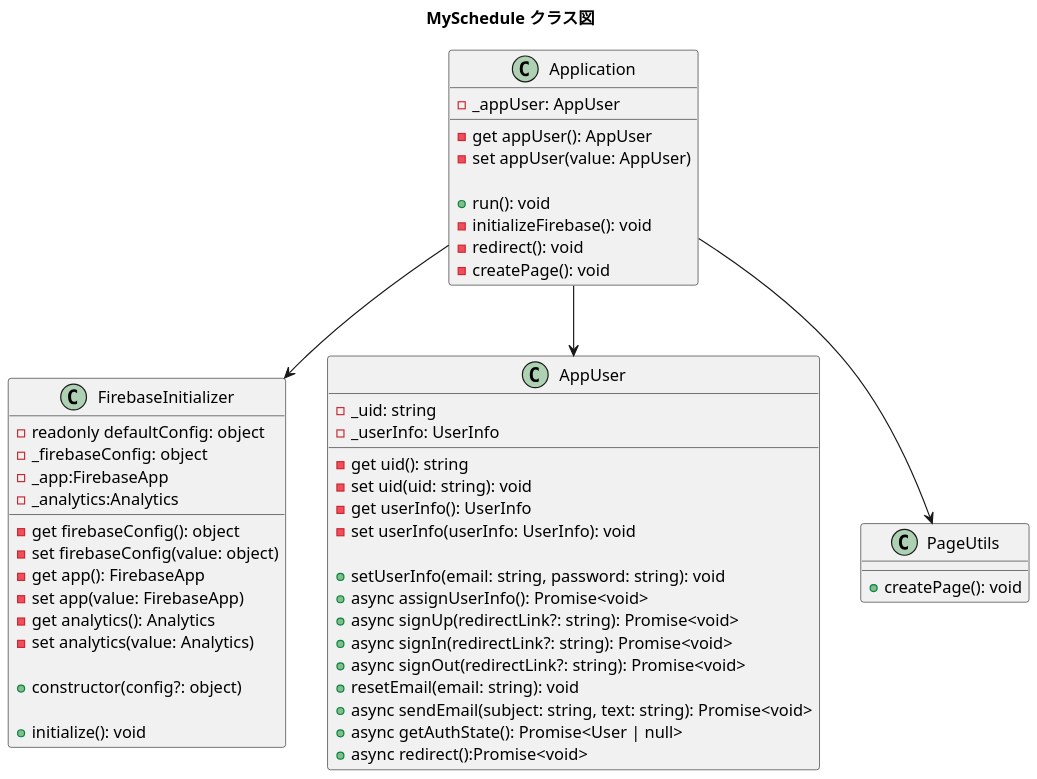
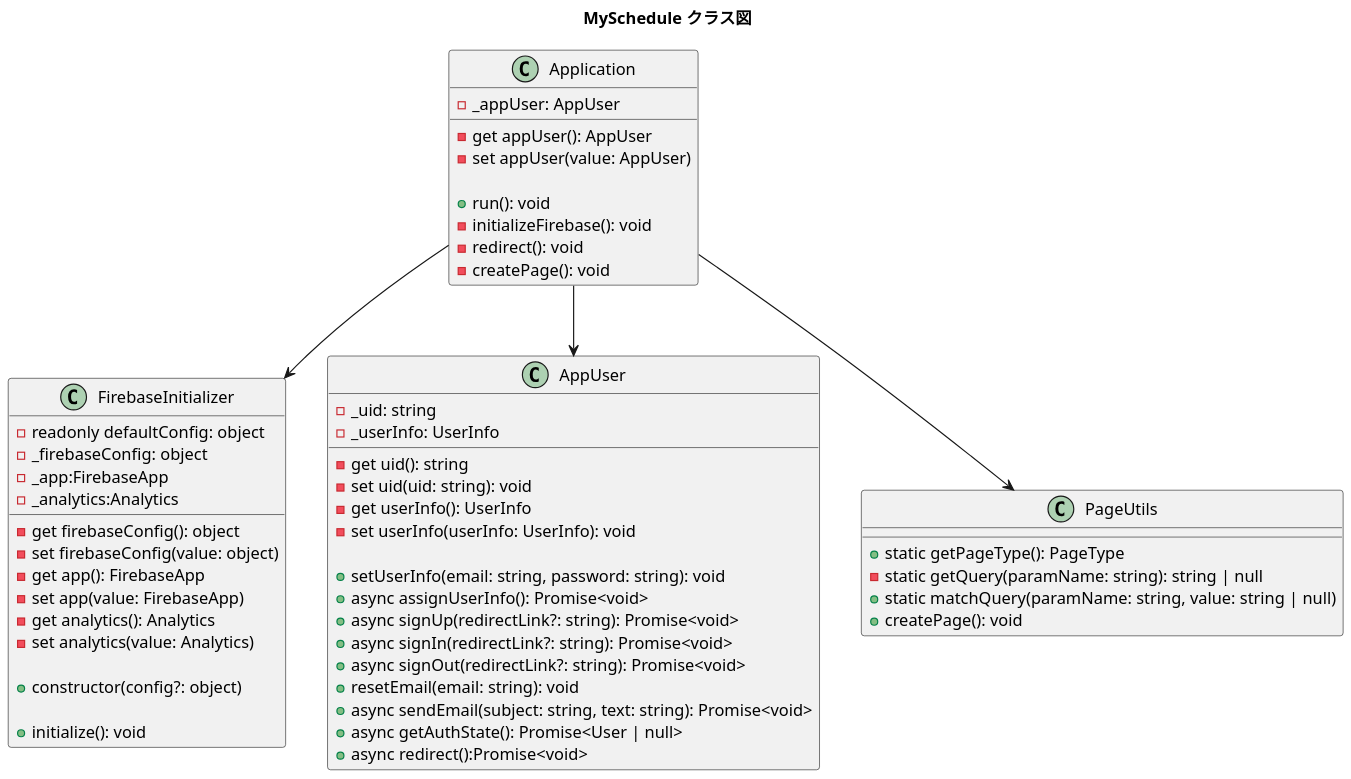
Before and after one commit to CA01971172/MySchedule: the diagram in classUML.pu, drawn with PlantUML.

Commit message:
write PageUtils class

```diff
--- a/classUML.pu
+++ b/classUML.pu
@@ -1,63 +1,66 @@
 @startuml MySchedule
 title MySchedule クラス図
 skinparam dpi 150
 
 class Application {
   - _appUser: AppUser
 
   - get appUser(): AppUser
   - set appUser(value: AppUser)
 
   + run(): void
   - initializeFirebase(): void
   - redirect(): void
   - createPage(): void
 }
 
 class FirebaseInitializer {
   - readonly defaultConfig: object
   - _firebaseConfig: object
   - _app:FirebaseApp
   - _analytics:Analytics
 
   - get firebaseConfig(): object
   - set firebaseConfig(value: object)
   - get app(): FirebaseApp
   - set app(value: FirebaseApp)
   - get analytics(): Analytics
   - set analytics(value: Analytics)
 
   + constructor(config?: object)
 
   + initialize(): void
 }
 
 class AppUser {
     - _uid: string
     - _userInfo: UserInfo
 
     - get uid(): string
     - set uid(uid: string): void
     - get userInfo(): UserInfo
     - set userInfo(userInfo: UserInfo): void
 
     + setUserInfo(email: string, password: string): void
     + async assignUserInfo(): Promise<void>
     + async signUp(redirectLink?: string): Promise<void>
     + async signIn(redirectLink?: string): Promise<void>
     + async signOut(redirectLink?: string): Promise<void>
     + resetEmail(email: string): void
     + async sendEmail(subject: string, text: string): Promise<void>
     + async getAuthState(): Promise<User | null>
     + async redirect():Promise<void>
 }
 
 class PageUtils {
+  + static getPageType(): PageType
+  - static getQuery(paramName: string): string | null
+  + static matchQuery(paramName: string, value: string | null)
   + createPage(): void
 }
 
 Application --> FirebaseInitializer
 Application --> AppUser
 Application --> PageUtils
 
 @enduml
```
